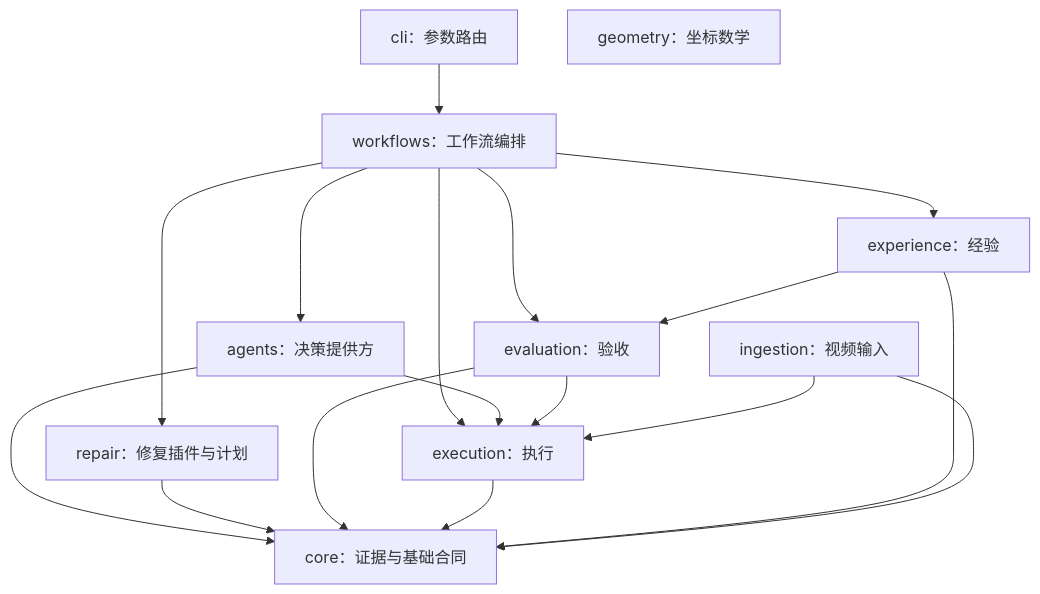
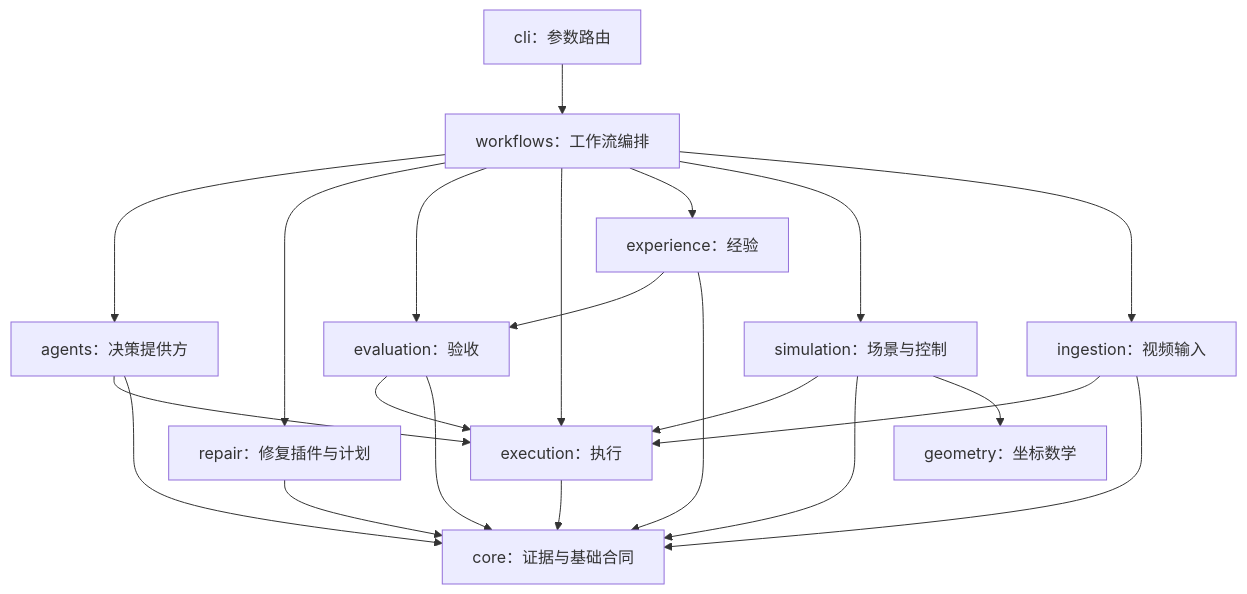
The diagram in docs/architecture.md (miracle-techlink/aholo-powergrid-simready), drawn with Mermaid before and after one commit. The commit also changed other lines of this file and 116 other files, not shown here.

````diff
--- a/docs/architecture.md
+++ b/docs/architecture.md
@@ -7,20 +7,25 @@
 ```mermaid
 flowchart TD
   CLI[cli：参数路由] --> W[workflows：工作流编排]
   W --> A[agents：决策提供方]
   W --> R[repair：修复插件与计划]
   W --> E[evaluation：验收]
   W --> X[execution：执行]
   W --> K[experience：经验]
+  W --> S[simulation：场景与控制]
+  W --> I
+  S --> X
+  S --> C
+  S --> G
   K --> E
   A --> X
   E --> X
   I[ingestion：视频输入] --> X
   A --> C[core：证据与基础合同]
   R --> C
   E --> C
   X --> C
   K --> C
   I --> C
   G[geometry：坐标数学]
 ```
````
